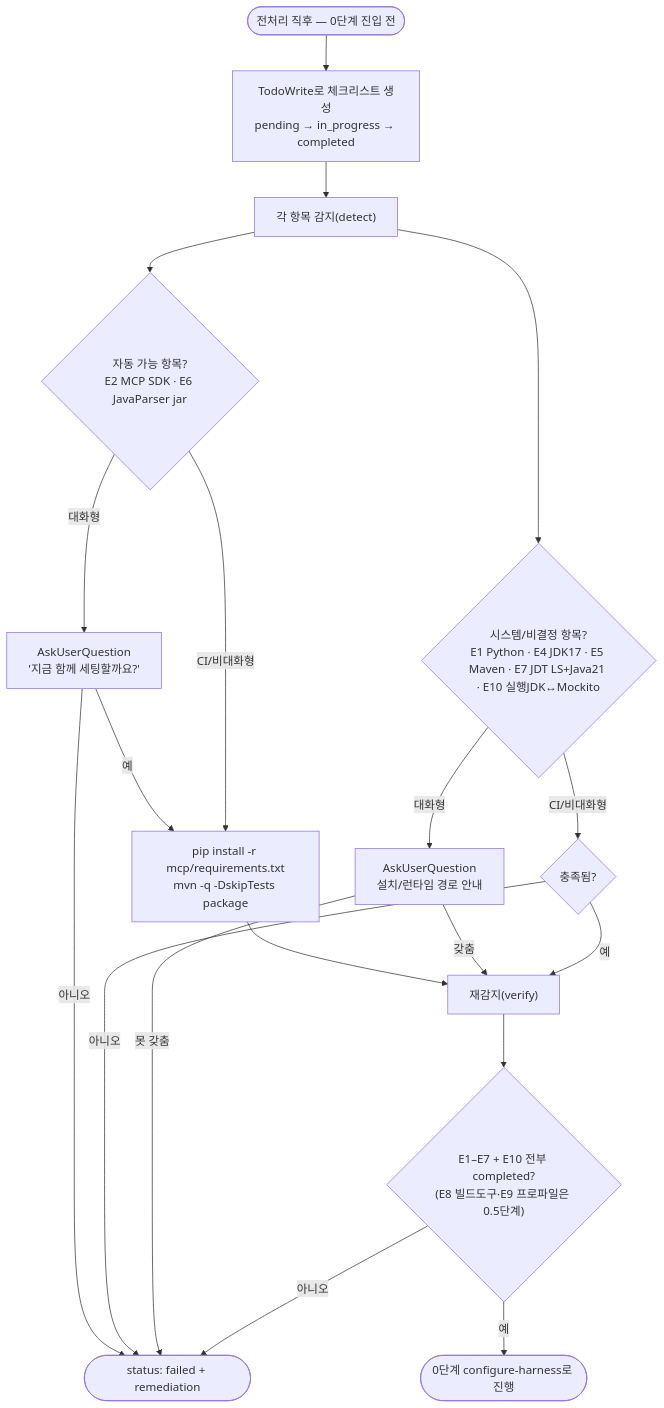
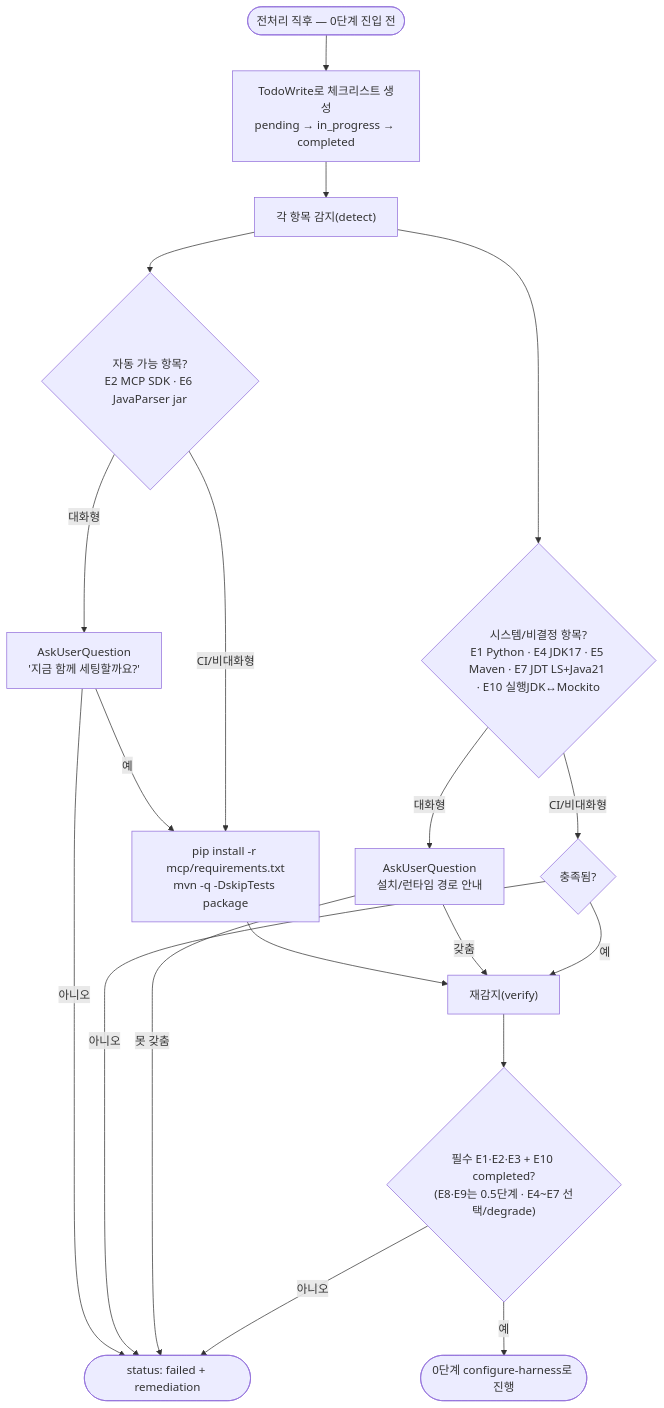
Before and after one commit to 1223v/test-autoevermation-harness: the second of 6 diagrams in spring-test-harness-plugin/docs/pipeline-flow.md, drawn with Mermaid. The commit also changed other lines of this file and 71 other files, not shown here.

````diff
--- a/spring-test-harness-plugin/docs/pipeline-flow.md
+++ b/spring-test-harness-plugin/docs/pipeline-flow.md
@@ -60,24 +60,25 @@
 ```mermaid
 flowchart TD
     Start(["전처리 직후 — 0단계 진입 전"]) --> Todo["TodoWrite로 체크리스트 생성<br/>pending → in_progress → completed"]
     Todo --> Detect["각 항목 감지(detect)"]
 
     Detect --> Auto{"자동 가능 항목?<br/>E2 MCP SDK · E6 JavaParser jar"}
     Auto -- "대화형" --> AskA["AskUserQuestion<br/>'지금 함께 세팅할까요?'"]
     AskA -- "예" --> RunA["pip install -r mcp/requirements.txt<br/>mvn -q -DskipTests package"]
     AskA -- "아니오" --> FailE(["status: failed + remediation"])
     Auto -- "CI/비대화형" --> RunA
     RunA --> Verify["재감지(verify)"]
 
     Detect --> Assist{"시스템/비결정 항목?<br/>E1 Python · E4 JDK17 · E5 Maven · E7 JDT LS+Java21 · E10 실행JDK↔Mockito"}
     Assist -- "대화형" --> AskB["AskUserQuestion<br/>설치/런타임 경로 안내"]
     Assist -- "CI/비대화형" --> CIstop{"충족됨?"}
     CIstop -- "아니오" --> FailE
     AskB -- "못 갖춤" --> FailE
     AskB -- "갖춤" --> Verify
     CIstop -- "예" --> Verify
 
-    Verify --> Gate{"E1–E7 + E10 전부 completed?<br/>(E8 빌드도구·E9 프로파일은 0.5단계)"}
+    Gate{"필수 E1·E2·E3 + E10 completed?<br/>(E8·E9는 0.5단계 · E4~E7 선택/degrade)"}
+    Verify --> Gate
     Gate -- "아니오" --> FailE
     Gate -- "예" --> Ok(["0단계 configure-harness로 진행"])
 ```
````
